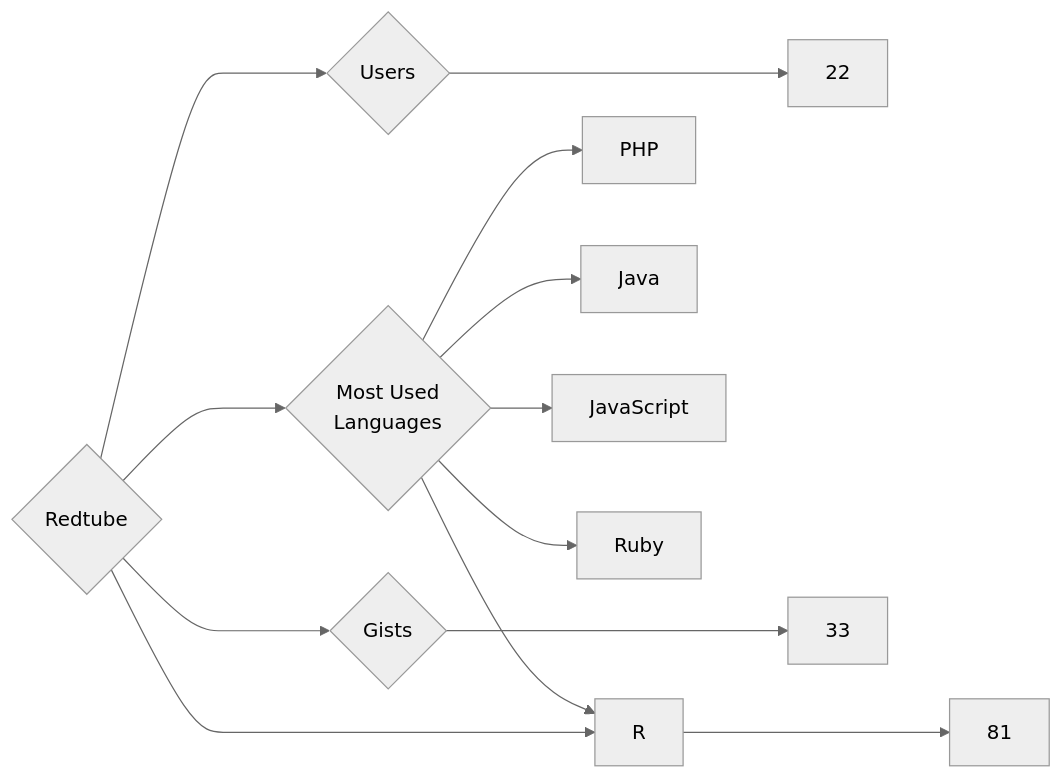
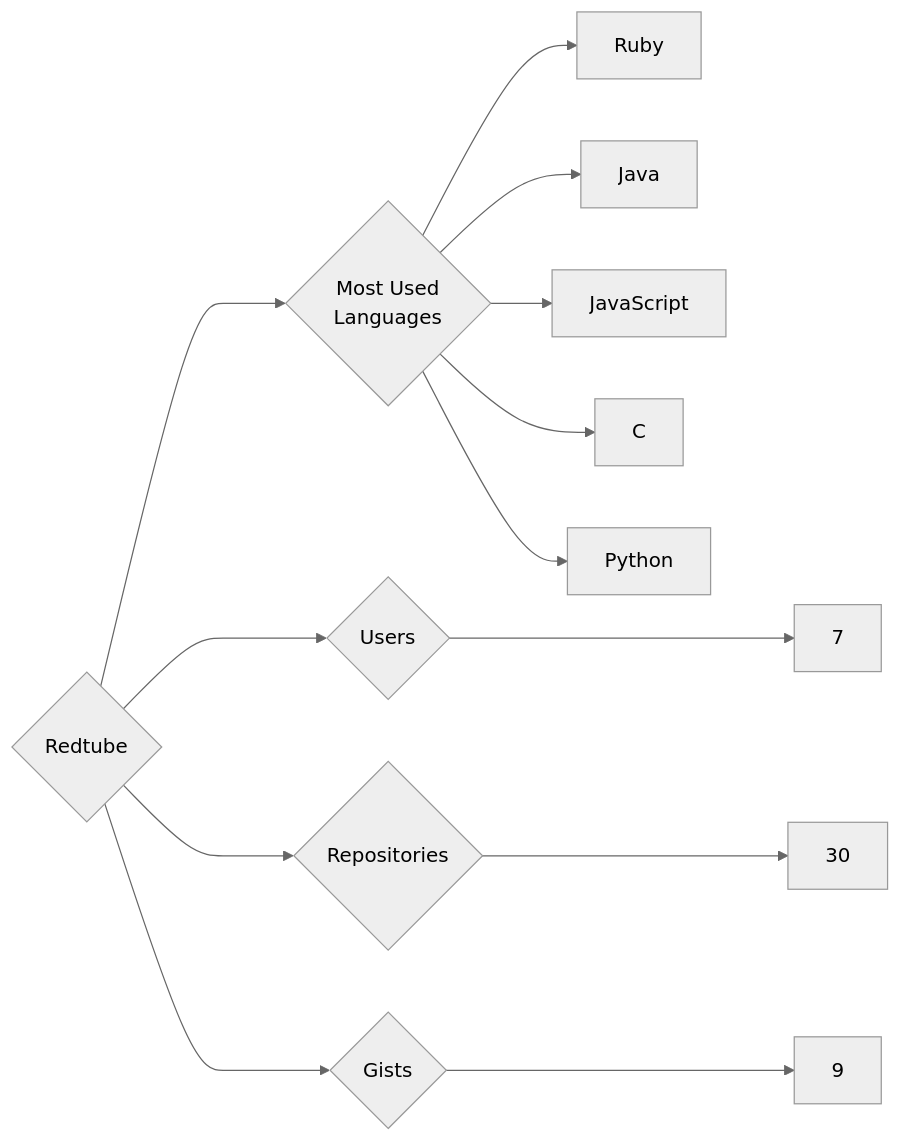
One commit to trickest/insiders changed the diagram in targets/Redtube/README.md. Above: the diagram before and after it, drawn with Mermaid (neutral theme). The commit also changed 814 other files, not shown here.

````diff
--- a/targets/Redtube/README.md
+++ b/targets/Redtube/README.md
@@ -3,13 +3,13 @@
 ```mermaid
 graph LR
 COMPANY_NAME{Redtube}
-COMPANY_NAME ---> U{Users} ---> UN[22]
-COMPANY_NAME ---> R{Repositories} ---> RN[81]
-COMPANY_NAME ---> G{Gists} ---> GN[33]
+COMPANY_NAME ---> U{Users} ---> UN[7]
+COMPANY_NAME ---> R{Repositories} ---> RN[30]
+COMPANY_NAME ---> G{Gists} ---> GN[9]
 COMPANY_NAME ---> ML{Most Used<br>Languages}
-ML --> PHP[PHP]
+ML --> Ruby[Ruby]
 ML --> Java[Java]
 ML --> JavaScript[JavaScript]
-ML --> Ruby[Ruby]
-ML --> R[R]
+ML --> C[C]
+ML --> Python[Python]
 ```
````
